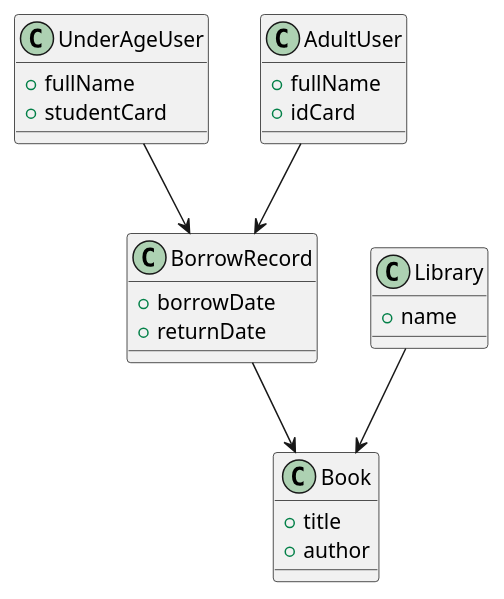
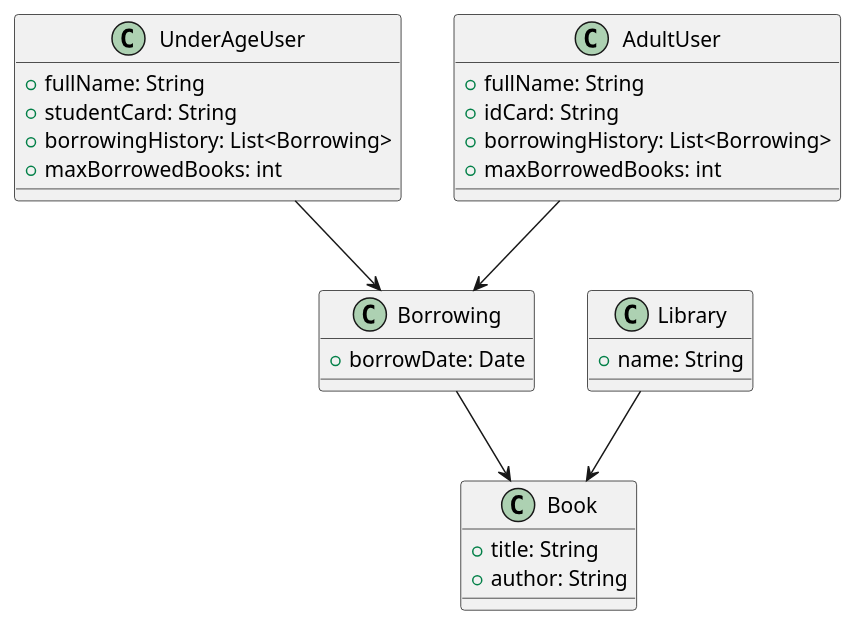
The diagram in output/multi_agent_critic/exercise_1_diagram.puml (LLM-29/A4Design), drawn with PlantUML before and after one commit. The commit also changed 10 other files, not shown here.

```diff
--- a/output/multi_agent_critic/exercise_1_diagram.puml
+++ b/output/multi_agent_critic/exercise_1_diagram.puml
@@ -1,25 +1,35 @@
 @startuml
+
 class UnderAgeUser {
-  + fullName
-  + studentCard
+    + fullName: String
+    + studentCard: String
+    + borrowingHistory: List<Borrowing>
+    + maxBorrowedBooks: int
 }
+
 class AdultUser {
-  + fullName
-  + idCard
+    + fullName: String
+    + idCard: String
+    + borrowingHistory: List<Borrowing>
+    + maxBorrowedBooks: int
 }
+
 class Book {
-  + title
-  + author
+    + title: String
+    + author: String
 }
+
+class Borrowing {
+    + borrowDate: Date
+}
+
 class Library {
-  + name
+    + name: String
 }
-class BorrowRecord {
-  + borrowDate
-  + returnDate
-}
-UnderAgeUser --> BorrowRecord
-AdultUser --> BorrowRecord
-BorrowRecord --> Book
+
+UnderAgeUser --> Borrowing
+AdultUser --> Borrowing
+Borrowing --> Book
 Library --> Book
+
 @enduml
```
